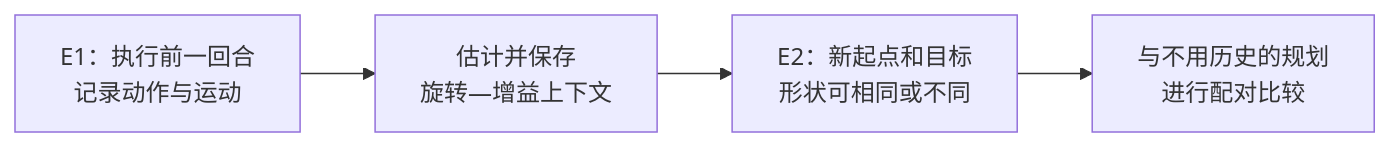
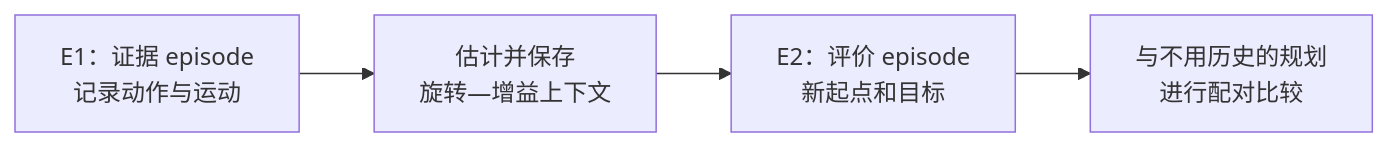
One commit to mengxiang1m/adajepa-persistent-context-v2 changed the diagram in 任务说明/Persistent_Context_V2_方案汇报_算法流程与实验细节_2026-08-24.md. Above: the diagram before and after it, drawn with Mermaid. The commit also changed other lines of this file, not shown here.

````diff
--- a/任务说明/Persistent_Context_V2_方案汇报_算法流程与实验细节_2026-08-24.md
+++ b/任务说明/Persistent_Context_V2_方案汇报_算法流程与实验细节_2026-08-24.md
@@ -20,6 +28,6 @@
 ```mermaid
 flowchart LR
-    A["E1：执行前一回合<br/>记录动作与运动"] --> B["估计并保存<br/>旋转—增益上下文"]
-    B --> C["E2：新起点和目标<br/>形状可相同或不同"]
+    A["E1：证据 episode<br/>记录动作与运动"] --> B["估计并保存<br/>旋转—增益上下文"]
+    B --> C["E2：评价 episode<br/>新起点和目标"]
     C --> D["与不用历史的规划<br/>进行配对比较"]
 ```
````
